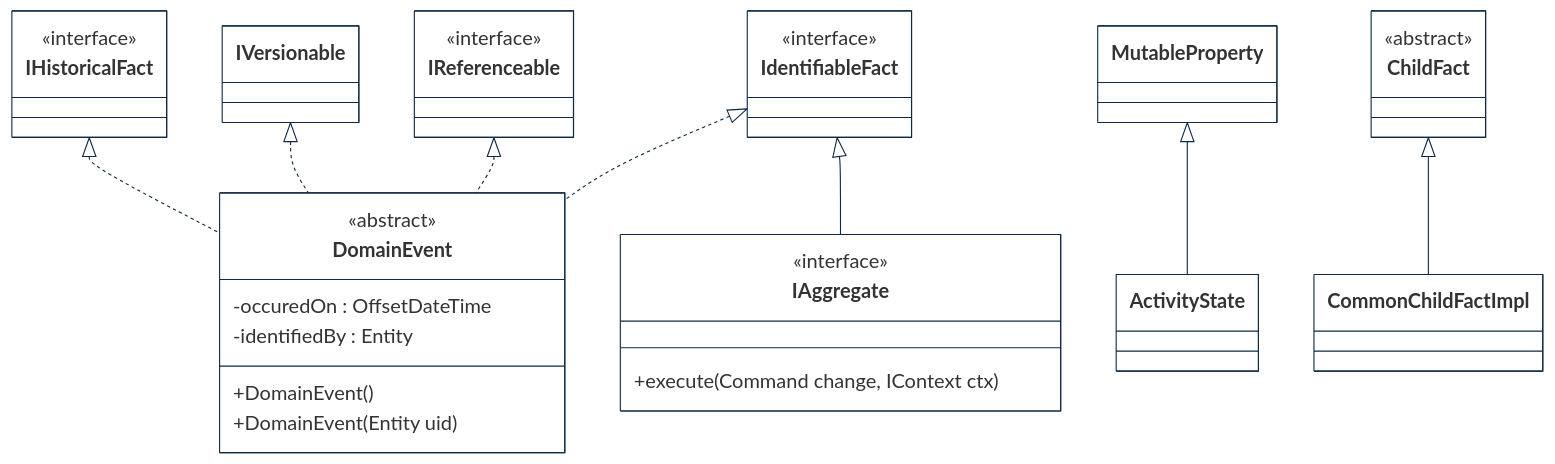
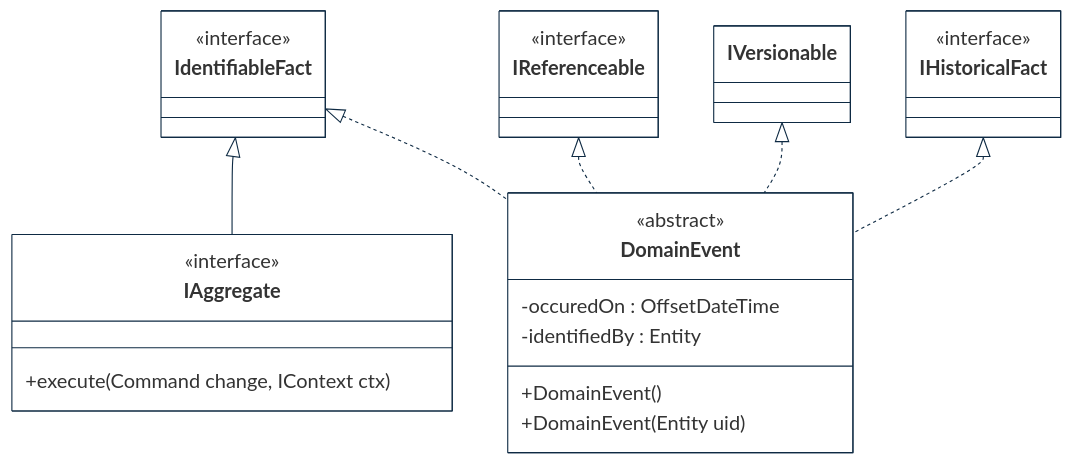
The first of 6 diagrams in implementations-line/framework/domain/designview-packages.md (cybnity/foundation), drawn with Mermaid before and after one commit. The commit also changed other lines of this file, not shown here.

````diff
--- a/implementations-line/framework/domain/designview-packages.md
+++ b/implementations-line/framework/domain/designview-packages.md
@@ -10,52 +8,47 @@
 ```mermaid
 %%{
   init: {
     'theme': 'base',
     'themeVariables': {
         'background': '#ffffff',
         'fontFamily': 'arial',
         'fontSize': '18px',
         'primaryColor': '#fff',
         'primaryBorderColor': '#0e2a43',
         'secondaryBorderColor': '#0e2a43',
         'tertiaryBorderColor': '#0e2a43',
         'edgeLabelBackground':'#0e2a43',
         'lineColor': '#0e2a43',
         'tertiaryColor': '#fff'
     }
   }
 }%%
 classDiagram
+    IdentifiableFact <|-- IAggregate
     IHistoricalFact <|.. DomainEvent
     IVersionable <|.. DomainEvent
     IReferenceable <|.. DomainEvent
     IdentifiableFact <|.. DomainEvent
-    IdentifiableFact <|-- IAggregate
-    MutableProperty <|-- ActivityState
-    ChildFact <|-- CommonChildFactImpl
 
     class DomainEvent {
         <<abstract>>
         -occuredOn : OffsetDateTime
         -identifiedBy : Entity
         +DomainEvent()
         +DomainEvent(Entity uid)
     }
+    class IAggregate {
+        <<interface>>
+        +execute(Command change, IContext ctx)
+    }
     class IHistoricalFact {
         <<interface>>
     }
     class IdentifiableFact {
         <<interface>>
     }
-    class IAggregate {
-        <<interface>>
-        +execute(Command change, IContext ctx)
-    }
     class IReferenceable {
         <<interface>>
     }
-    class ChildFact {
-        <<abstract>>
-    }
 
 ```
````
